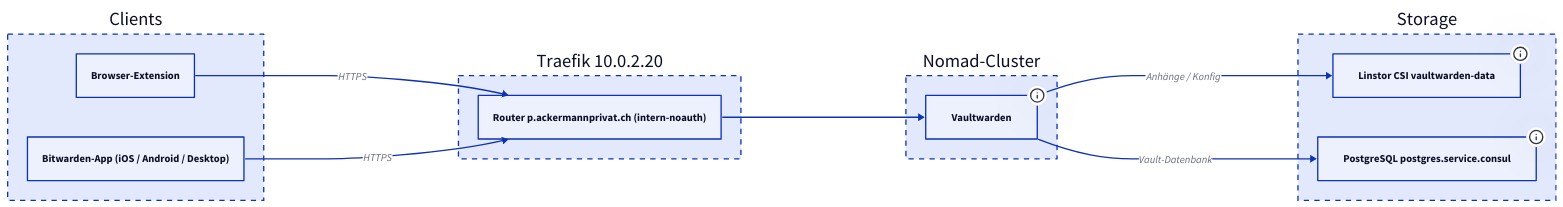
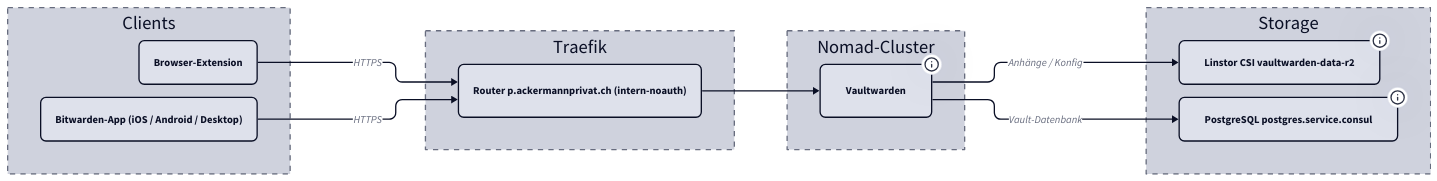
One commit to derever-labs/homelab-wiki changed the diagram in docs/vaultwarden/index.md. Above: the diagram before and after it, drawn with D2. The commit also changed other lines of this file and 109 other files, not shown here.

````diff
--- a/docs/vaultwarden/index.md
+++ b/docs/vaultwarden/index.md
@@ -35,31 +31,41 @@
 ```d2
+vars: {
+  d2-config: {
+    theme-id: 1
+    layout-engine: elk
+  }
+}
 direction: right
+
+classes: {
+  node: { style.border-radius: 8 }
+}
 
 clients: Clients {
   style.stroke-dash: 4
-  brw: Browser-Extension
-  app: "Bitwarden-App (iOS / Android / Desktop)"
+  brw: Browser-Extension { class: node }
+  app: "Bitwarden-App (iOS / Android / Desktop)" { class: node }
 }
 
-traefik: Traefik 10.0.2.20 {
+traefik: Traefik {
   style.stroke-dash: 4
-  router: "Router p.ackermannprivat.ch (intern-noauth)"
+  router: "Router p.ackermannprivat.ch (intern-noauth)" { class: node }
 }
 
 nomad: Nomad-Cluster {
   style.stroke-dash: 4
-  vw: Vaultwarden { tooltip: "client-05/06, image vaultwarden/server:1.35.4" }
+  vw: Vaultwarden { class: node; tooltip: "client-05/06" }
 }
 
 storage: Storage {
   style.stroke-dash: 4
-  csi: "Linstor CSI vaultwarden-data" { tooltip: "1 GiB ext4, DRBD-repliziert auf client-05/06" }
-  pg: "PostgreSQL postgres.service.consul" { tooltip: "DB vaultwarden im Postgres-DRBD-Cluster" }
+  csi: "Linstor CSI vaultwarden-data-r2" { class: node; tooltip: "ext4, DRBD-repliziert auf client-05/06" }
+  pg: "PostgreSQL postgres.service.consul" { class: node; tooltip: "DB vaultwarden im Postgres-DRBD-Cluster" }
 }
 
 clients.brw -> traefik.router: HTTPS
 clients.app -> traefik.router: HTTPS
 traefik.router -> nomad.vw
 nomad.vw -> storage.csi: "Anhänge / Konfig"
 nomad.vw -> storage.pg: "Vault-Datenbank"
 ```
````
